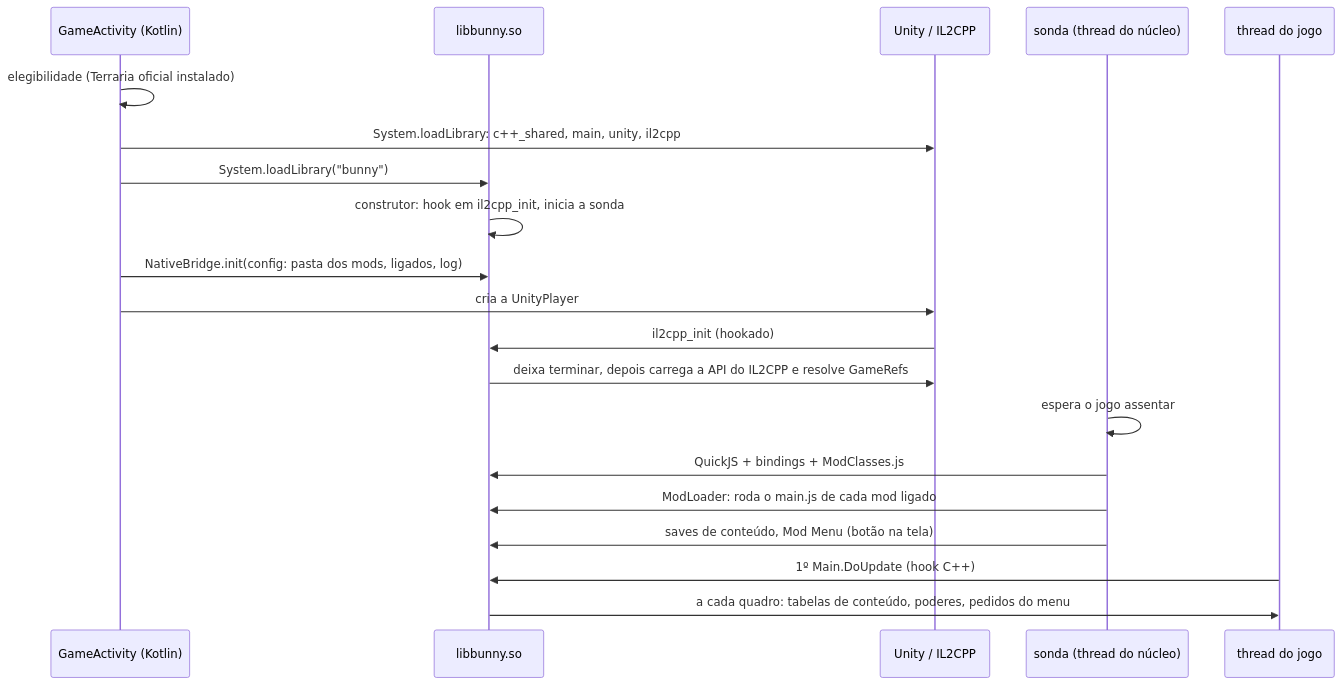
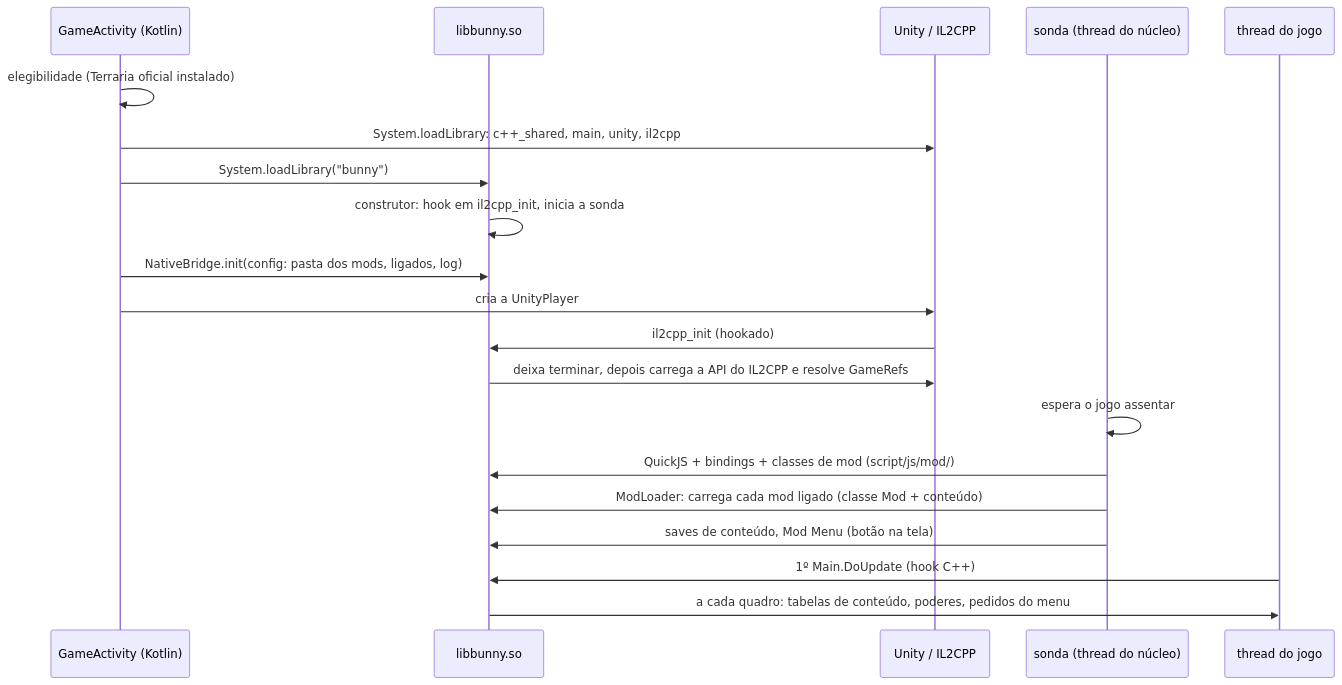
Before and after one commit to JonataOliveiraa/Bunny-Loader: the second of 2 diagrams in docs/nucleo/README.md, drawn with Mermaid. The commit also changed other lines of this file and 4 other files, not shown here.

````diff
--- a/docs/nucleo/README.md
+++ b/docs/nucleo/README.md
@@ -72,22 +72,22 @@
 ```mermaid
 sequenceDiagram
     participant A as GameActivity (Kotlin)
     participant B as libbunny.so
     participant U as Unity / IL2CPP
     participant S as sonda (thread do núcleo)
     participant G as thread do jogo
     A->>A: elegibilidade (Terraria oficial instalado)
     A->>U: System.loadLibrary: c++_shared, main, unity, il2cpp
     A->>B: System.loadLibrary("bunny")
     B->>B: construtor: hook em il2cpp_init, inicia a sonda
     A->>B: NativeBridge.init(config: pasta dos mods, ligados, log)
     A->>U: cria a UnityPlayer
     U->>B: il2cpp_init (hookado)
     B->>U: deixa terminar, depois carrega a API do IL2CPP e resolve GameRefs
     S->>S: espera o jogo assentar
-    S->>B: QuickJS + bindings + ModClasses.js
-    S->>B: ModLoader: roda o main.js de cada mod ligado
+    S->>B: QuickJS + bindings + classes de mod (script/js/mod/)
+    S->>B: ModLoader: carrega cada mod ligado (classe Mod + conteúdo)
     S->>B: saves de conteúdo, Mod Menu (botão na tela)
     G->>B: 1º Main.DoUpdate (hook C++)
     B->>G: a cada quadro: tabelas de conteúdo, poderes, pedidos do menu
 ```
````
